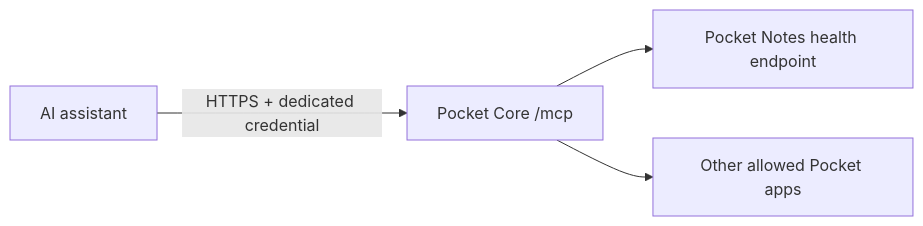
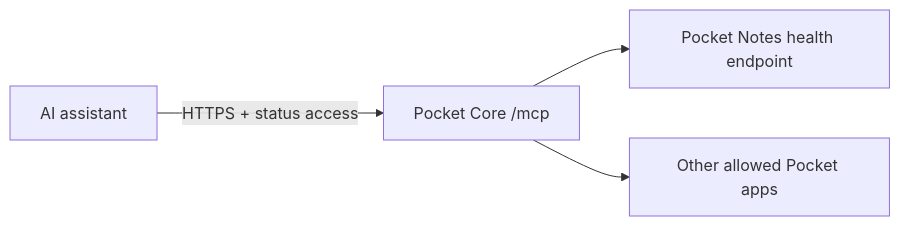
One commit to abjelosevic88/pocket-homelab-core changed the diagram in README.md. Above: the diagram before and after it, drawn with Mermaid. The commit also changed other lines of this file and 19 other files, not shown here.

Commit message:
Add account OAuth sign-in and consent for MCP status access

````diff
--- a/README.md
+++ b/README.md
@@ -55,6 +55,6 @@
 ```mermaid
 flowchart LR
-    A[AI assistant] -->|HTTPS + dedicated credential| C[Pocket Core /mcp]
+    A[AI assistant] -->|HTTPS + status access| C[Pocket Core /mcp]
     C --> N[Pocket Notes health endpoint]
     C --> T[Other allowed Pocket apps]
 ```
````
